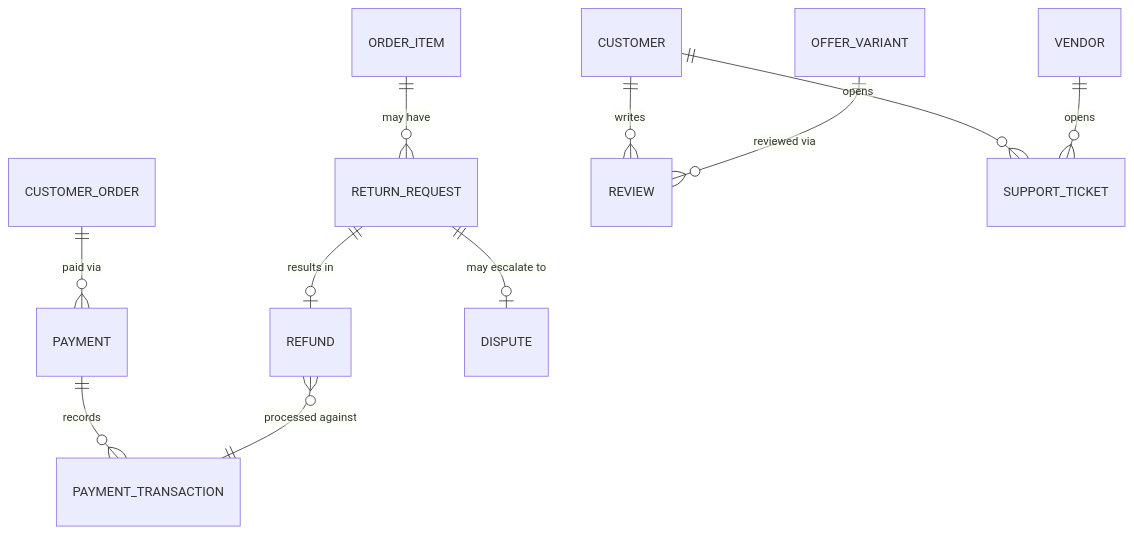
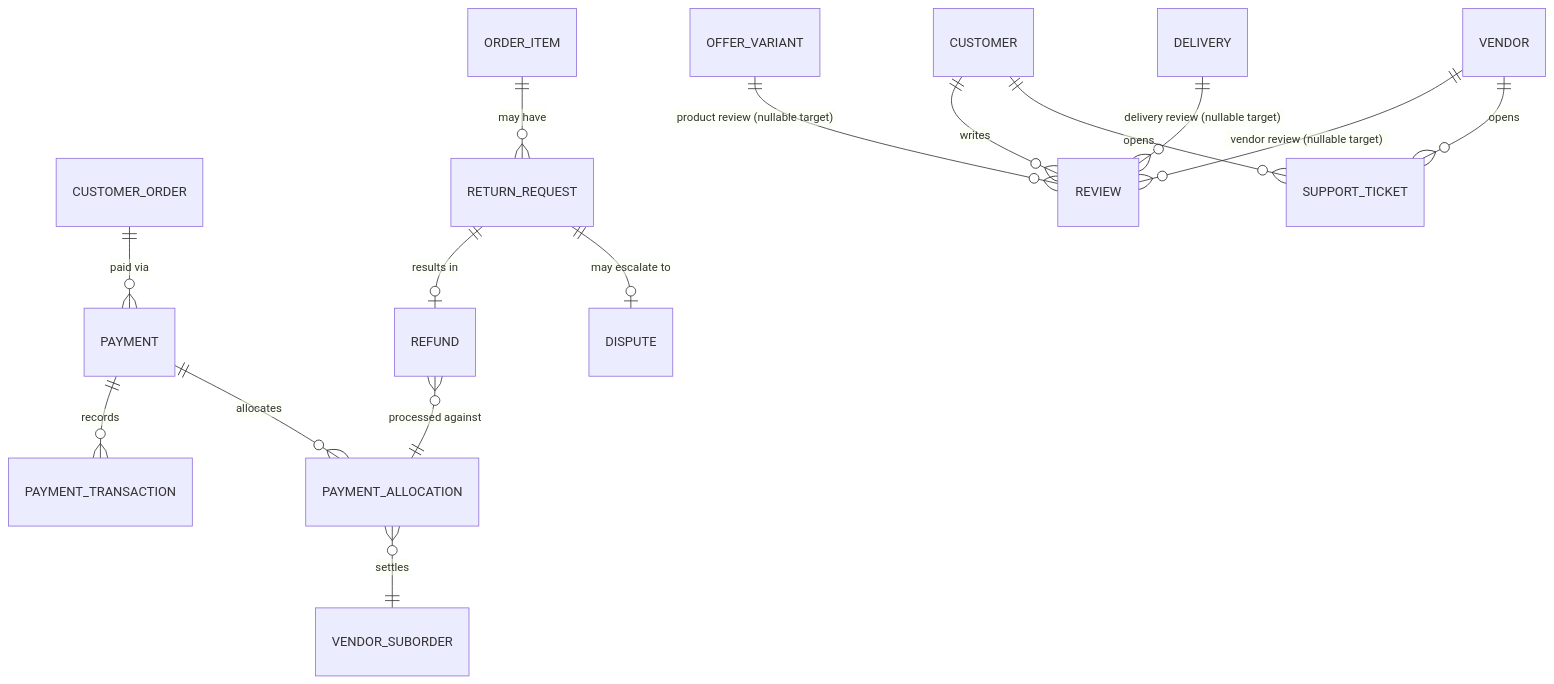
The fourth of 4 diagrams in docs/srs/03-business-rules-data-model.md (FINALTALA/FINALPRO), drawn with Mermaid before and after one commit. The commit also changed other lines of this file, not shown here.

````diff
--- a/docs/srs/03-business-rules-data-model.md
+++ b/docs/srs/03-business-rules-data-model.md
@@ -95,13 +95,17 @@
 ```mermaid
 erDiagram
     CUSTOMER_ORDER ||--o{ PAYMENT : "paid via"
     PAYMENT ||--o{ PAYMENT_TRANSACTION : records
+    PAYMENT ||--o{ PAYMENT_ALLOCATION : allocates
+    PAYMENT_ALLOCATION }o--|| VENDOR_SUBORDER : "settles"
     ORDER_ITEM ||--o{ RETURN_REQUEST : "may have"
     RETURN_REQUEST ||--o| REFUND : "results in"
-    REFUND }o--|| PAYMENT_TRANSACTION : "processed against"
+    REFUND }o--|| PAYMENT_ALLOCATION : "processed against"
     CUSTOMER ||--o{ REVIEW : writes
-    OFFER_VARIANT ||--o{ REVIEW : "reviewed via"
+    OFFER_VARIANT ||--o{ REVIEW : "product review (nullable target)"
+    VENDOR ||--o{ REVIEW : "vendor review (nullable target)"
+    DELIVERY ||--o{ REVIEW : "delivery review (nullable target)"
     CUSTOMER ||--o{ SUPPORT_TICKET : opens
     VENDOR ||--o{ SUPPORT_TICKET : opens
     RETURN_REQUEST ||--o| DISPUTE : "may escalate to"
 ```
````
